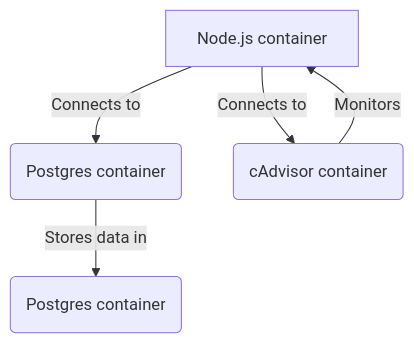
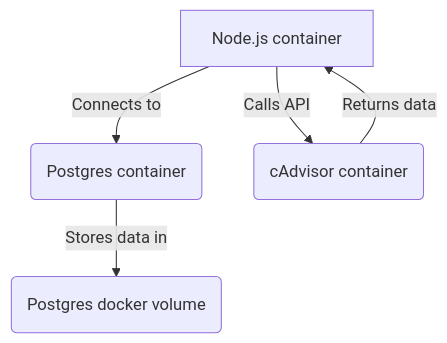
One commit to green-code-initiative/ecoCode-rule-validator-js-cadvisor changed the diagram in README.md. Above: the diagram before and after it, drawn with Mermaid.

Commit message:
refactor: Update architecture diagram

````diff
--- a/README.md
+++ b/README.md
@@ -25,7 +25,7 @@
 ```mermaid
 graph TD
     A[Node.js container] -->|Connects to| B(Postgres container)
-    A -->|Connects to| C(cAdvisor container)
-    B -->|Stores data in| D(Postgres container)
-    C -->|Monitors| A
+    A -->|Calls API| C(cAdvisor container)
+    B -->|Stores data in| D(Postgres docker volume)
+    C -->|Returns data| A
 ```
````
